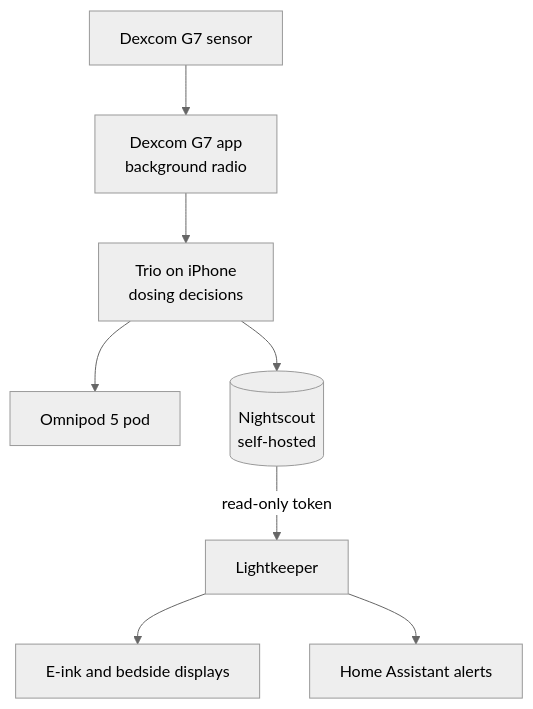
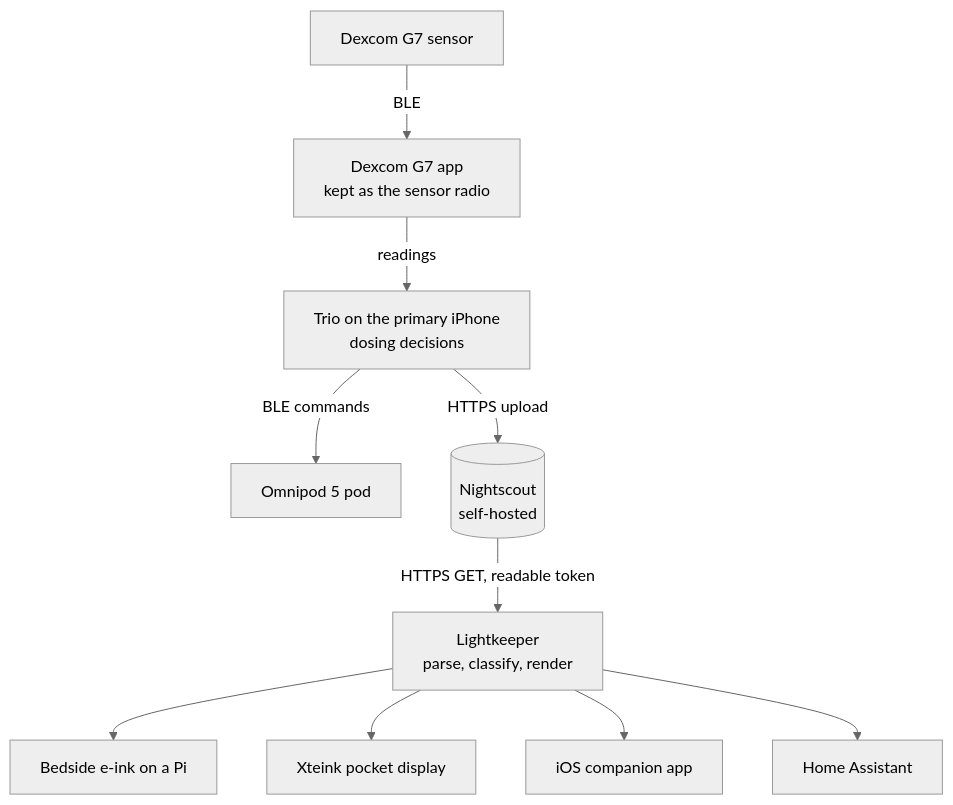
The diagram in wiki/How-It-Works.md (esanacore/lightkeeper), drawn with Mermaid (neutral theme) before and after one commit. The commit also changed other lines of this file and 31 other files, not shown here.

````diff
--- a/wiki/How-It-Works.md
+++ b/wiki/How-It-Works.md
@@ -3,10 +5,12 @@
 ```mermaid
 flowchart TD
-    G7[Dexcom G7 sensor] --> Dex[Dexcom G7 app<br/>background radio]
-    Dex --> Trio[Trio on iPhone<br/>dosing decisions]
-    Trio --> Pod[Omnipod 5 pod]
-    Trio --> NS[(Nightscout<br/>self-hosted)]
-    NS -- read-only token --> LK[Lightkeeper]
-    LK --> Ink[E-ink and bedside displays]
-    LK --> HA[Home Assistant alerts]
+    G7[Dexcom G7 sensor] -- BLE --> Dex[Dexcom G7 app<br/>kept as the sensor radio]
+    Dex -- readings --> Trio[Trio on the primary iPhone<br/>dosing decisions]
+    Trio -- BLE commands --> Pod[Omnipod 5 pod]
+    Trio -- HTTPS upload --> NS[(Nightscout<br/>self-hosted)]
+    NS -- HTTPS GET, readable token --> LK[Lightkeeper<br/>parse, classify, render]
+    LK --> Pi[Bedside e-ink on a Pi]
+    LK --> X4[Xteink pocket display]
+    LK --> iOS[iOS companion app]
+    LK --> HA[Home Assistant]
 ```
````
